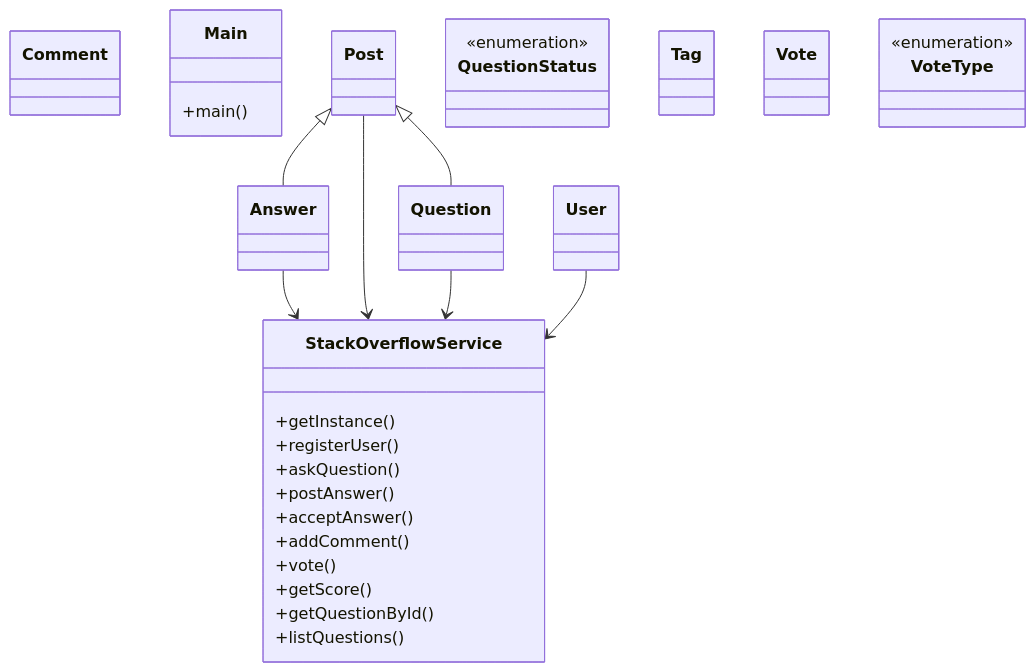
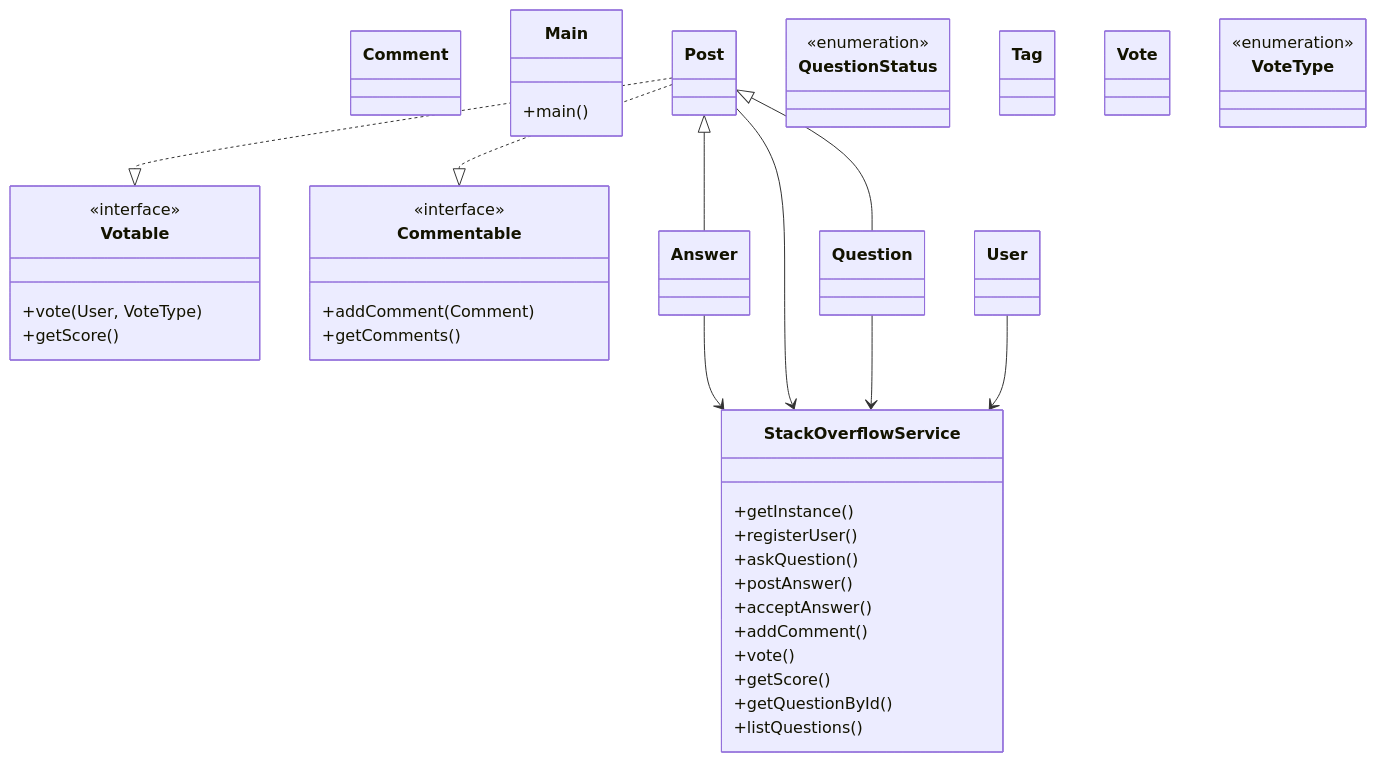
One commit to amanjaiswal30/dsa-solutions changed the diagram in questions/low_level_design/18_stack_overflow_lld.md. Above: the diagram before and after it, drawn with Mermaid. The commit also changed other lines of this file and 5 other files, not shown here.

````diff
--- a/questions/low_level_design/18_stack_overflow_lld.md
+++ b/questions/low_level_design/18_stack_overflow_lld.md
@@ -54,37 +55,49 @@
 ```mermaid
 classDiagram
+    class Votable {
+        <<interface>>
+        +vote(User, VoteType)
+        +getScore()
+    }
+    class Commentable {
+        <<interface>>
+        +addComment(Comment)
+        +getComments()
+    }
     class Answer
     class Comment
     class Main {
         +main()
     }
     class Post
     class Question
     class QuestionStatus {
         <<enumeration>>
     }
     class StackOverflowService {
         +getInstance()
         +registerUser()
         +askQuestion()
         +postAnswer()
         +acceptAnswer()
         +addComment()
         +vote()
         +getScore()
         +getQuestionById()
         +listQuestions()
     }
     class Tag
     class User
     class Vote
     class VoteType {
         <<enumeration>>
     }
+    Post ..|> Votable
+    Post ..|> Commentable
     Post <|-- Answer
     Post <|-- Question
     Answer --> StackOverflowService
     Post --> StackOverflowService
     Question --> StackOverflowService
     User --> StackOverflowService
 ```
````
